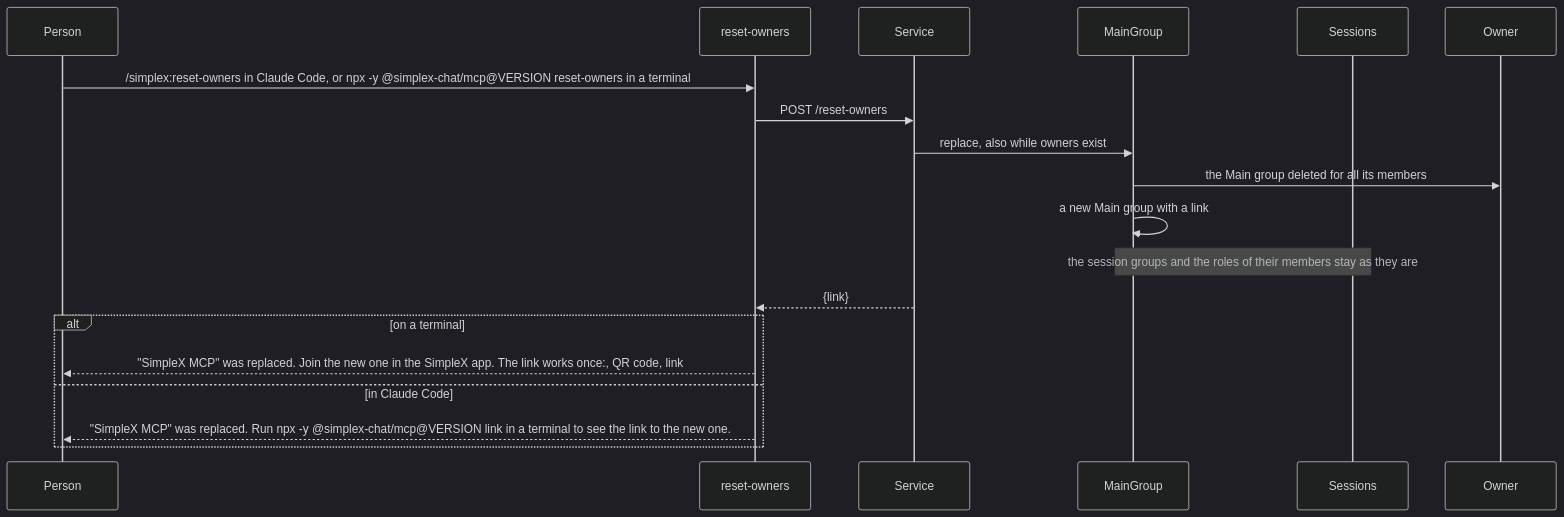
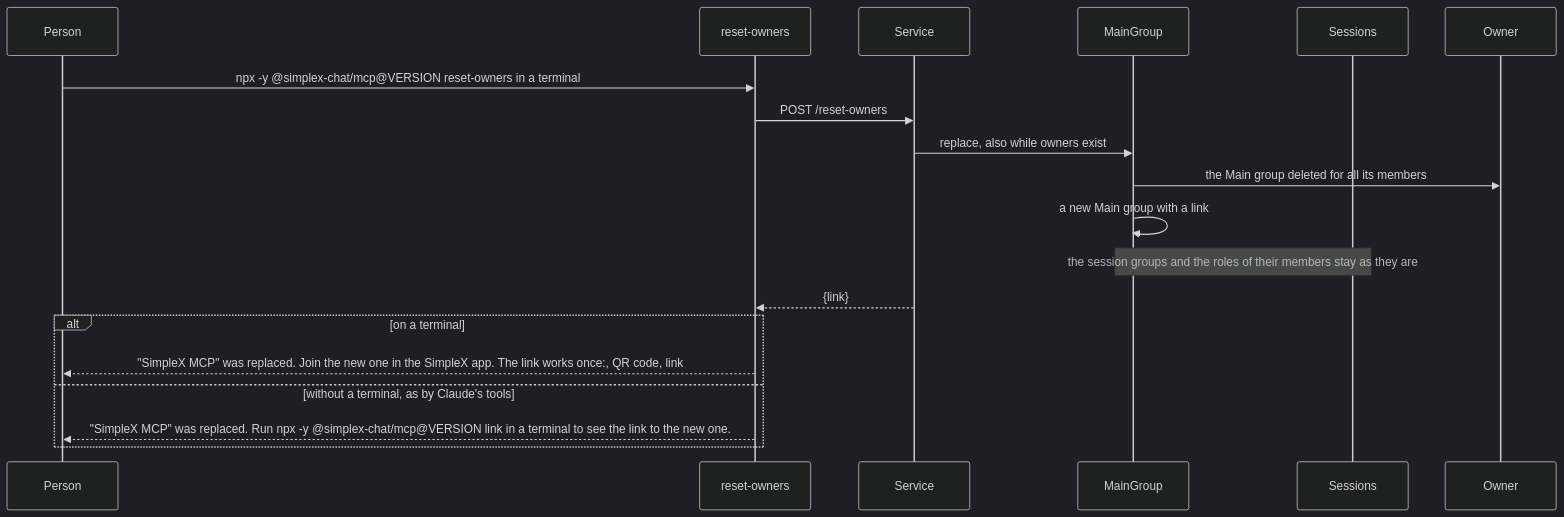
Diagram 25 of 30 in packages/simplex-chat-mcp/spec/flows.md (simplex-chat/simplex-chat), drawn with Mermaid (dark theme) before and after one commit. The commit also changed other lines of this file and 13 other files, not shown here.

Commit message:
mcp: remove the plugin's link and reset-owners skills

````diff
--- a/packages/simplex-chat-mcp/spec/flows.md
+++ b/packages/simplex-chat-mcp/spec/flows.md
@@ -1093,21 +1093,21 @@
 ```mermaid
 sequenceDiagram
   participant P as Person
   participant R as reset-owners
   participant D as Service
   participant M as MainGroup
   participant N as Sessions
   participant O as Owner
-  P->>R: /simplex:reset-owners in Claude Code, or npx -y @simplex-chat/mcp@VERSION reset-owners in a terminal
+  P->>R: npx -y @simplex-chat/mcp@VERSION reset-owners in a terminal
   R->>D: POST /reset-owners
   D->>M: replace, also while owners exist
   M->>O: the Main group deleted for all its members
   M->>M: a new Main group with a link
   Note over M,N: the session groups and the roles of their members stay as they are
   D-->>R: {link}
   alt on a terminal
     R-->>P: "SimpleX MCP" was replaced. Join the new one in the SimpleX app. The link works once:, QR code, link
-  else in Claude Code
+  else without a terminal, as by Claude's tools
     R-->>P: "SimpleX MCP" was replaced. Run npx -y @simplex-chat/mcp@VERSION link in a terminal to see the link to the new one.
   end
 ```
````
